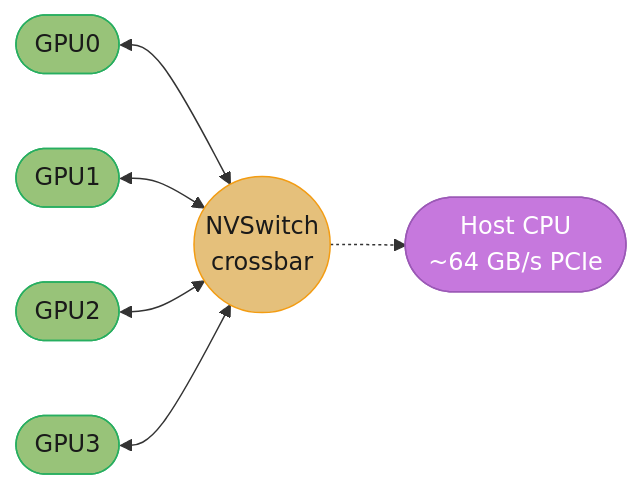
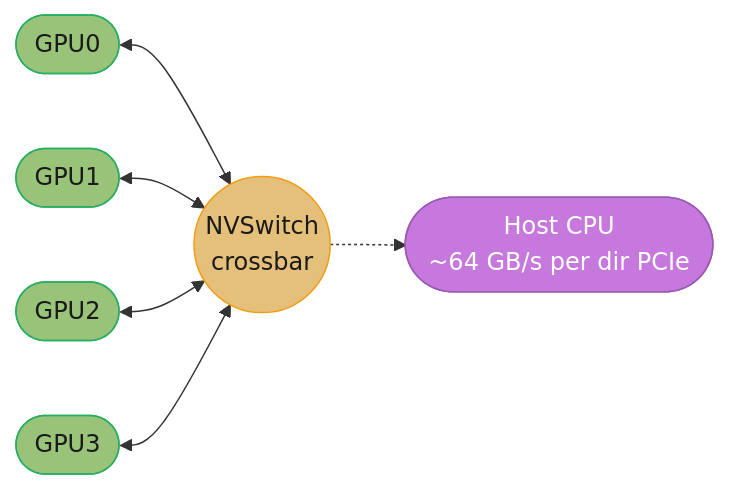
The sixth of 6 diagrams in src/main/java/com/rutik/systemdesign/cuda/multi_gpu_programming_and_nccl/multi_gpu_programming_and_nccl.md (rppol/system-design), drawn with Mermaid before and after one commit. The commit also changed other lines of this file and 3 other files, not shown here.

First line of the commit message:
audit(cuda): graphs, CDP, NCCL and tensor cores — a bandwidth comparison measured in two different units, and a module whose central rule stopped being true in cuBLAS 11

````diff
--- a/src/main/java/com/rutik/systemdesign/cuda/multi_gpu_programming_and_nccl/multi_gpu_programming_and_nccl.md
+++ b/src/main/java/com/rutik/systemdesign/cuda/multi_gpu_programming_and_nccl/multi_gpu_programming_and_nccl.md
@@ -417,27 +426,27 @@
 ```mermaid
 flowchart LR
     classDef io      fill:#61afef,stroke:#2e86c1,color:#1a1a1a,font-weight:bold
     classDef frozen  fill:#c678dd,stroke:#9b59b6,color:#fff
     classDef train   fill:#98c379,stroke:#27ae60,color:#1a1a1a
     classDef mathOp  fill:#d19a66,stroke:#e67e22,color:#1a1a1a,font-weight:bold
     classDef lossN   fill:#e06c75,stroke:#c0392b,color:#fff,font-weight:bold
     classDef req     fill:#56b6c2,stroke:#0097a7,color:#1a1a1a
     classDef base    fill:#e5c07b,stroke:#f39c12,color:#1a1a1a
 
     g0(["GPU0"])
     g1(["GPU1"])
     g2(["GPU2"])
     g3(["GPU3"])
     sw(("NVSwitch<br/>crossbar"))
-    host(["Host CPU<br/>~64 GB/s PCIe"])
+    host(["Host CPU<br/>~64 GB/s per dir PCIe"])
 
     g0 <--> sw
     g1 <--> sw
     g2 <--> sw
     g3 <--> sw
     sw -.-> host
 
     class g0,g1,g2,g3 train
     class sw base
     class host frozen
 ```
````
